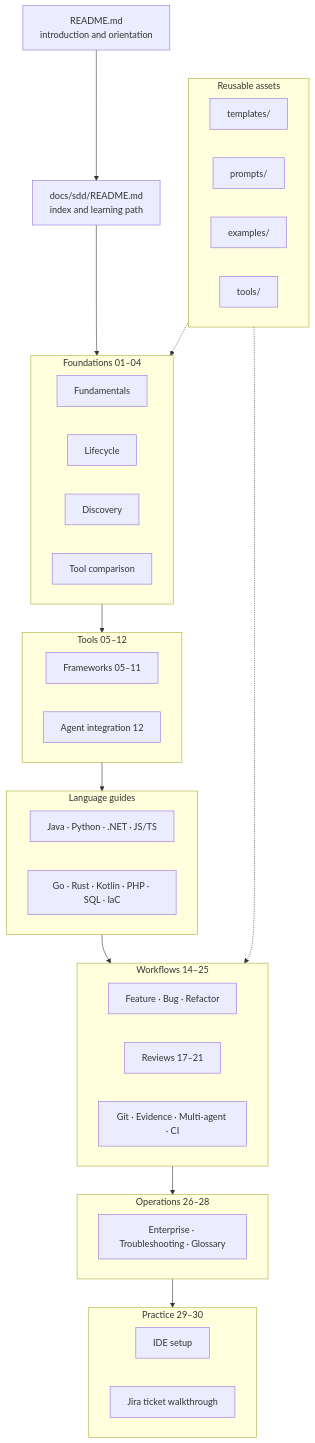
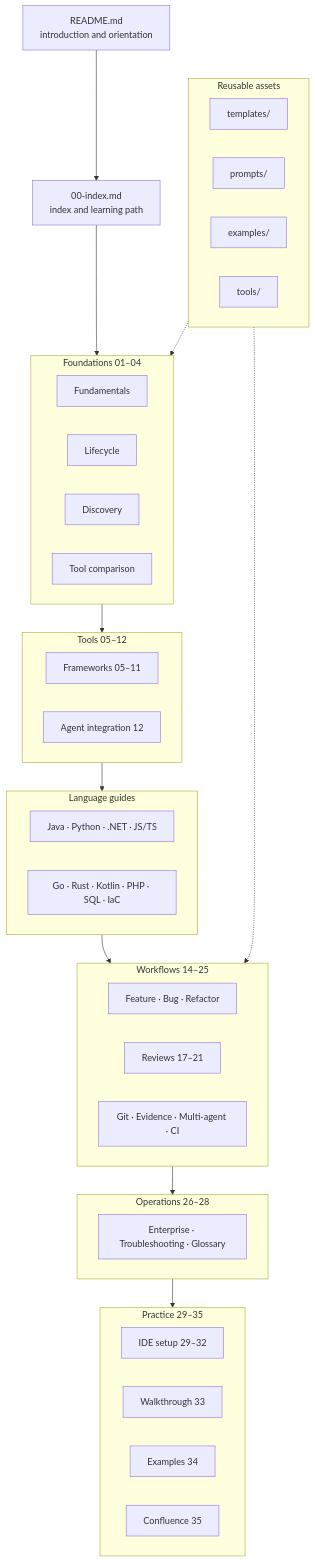
One commit to metodiev/Spec-Driven-Development-SDD changed diagram 27 of 27 in README.md. Above: the diagram before and after it, drawn with Mermaid. The commit also changed other lines of this file and 108 other files, not shown here.

````diff
--- a/README.md
+++ b/README.md
@@ -847,41 +916,43 @@
 ```mermaid
 flowchart TD
     ROOT["README.md<br/>introduction and orientation"]
-    IDX["docs/sdd/README.md<br/>index and learning path"]
+    IDX["00-index.md<br/>index and learning path"]
     subgraph Core["Foundations 01–04"]
         C1["Fundamentals"]
         C2["Lifecycle"]
         C3["Discovery"]
         C4["Tool comparison"]
     end
     subgraph Tools["Tools 05–12"]
         T1["Frameworks 05–11"]
         T2["Agent integration 12"]
     end
     subgraph Lang["Language guides"]
         L1["Java · Python · .NET · JS/TS"]
         L2["Go · Rust · Kotlin · PHP · SQL · IaC"]
     end
     subgraph Flow["Workflows 14–25"]
         W1["Feature · Bug · Refactor"]
         W2["Reviews 17–21"]
         W3["Git · Evidence · Multi-agent · CI"]
     end
     subgraph Ops["Operations 26–28"]
         O1["Enterprise · Troubleshooting · Glossary"]
     end
-    subgraph Practice["Practice 29–30"]
-        P1["IDE setup"]
-        P2["Jira ticket walkthrough"]
+    subgraph Practice["Practice 29–35"]
+        P1["IDE setup 29–32"]
+        P2["Walkthrough 33"]
+        P3["Examples 34"]
+        P4["Confluence 35"]
     end
     subgraph Assets["Reusable assets"]
         A1["templates/"]
         A2["prompts/"]
         A3["examples/"]
         A4["tools/"]
     end
     ROOT --> IDX
     IDX --> Core --> Tools --> Lang --> Flow --> Ops --> Practice
     Assets -.-> Core
     Assets -.-> Flow
 ```
````
